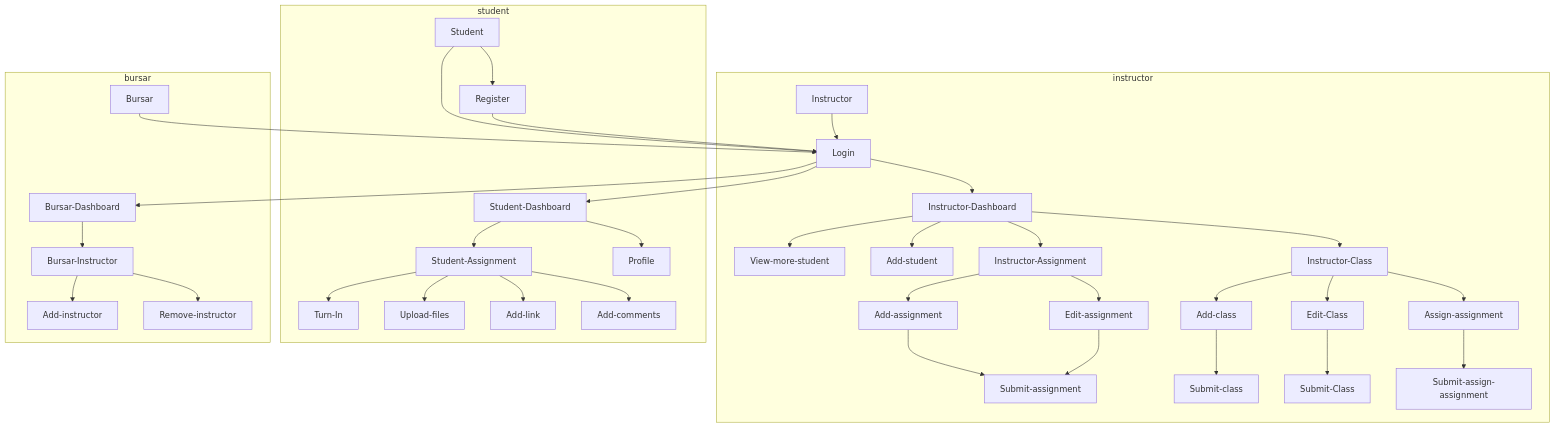
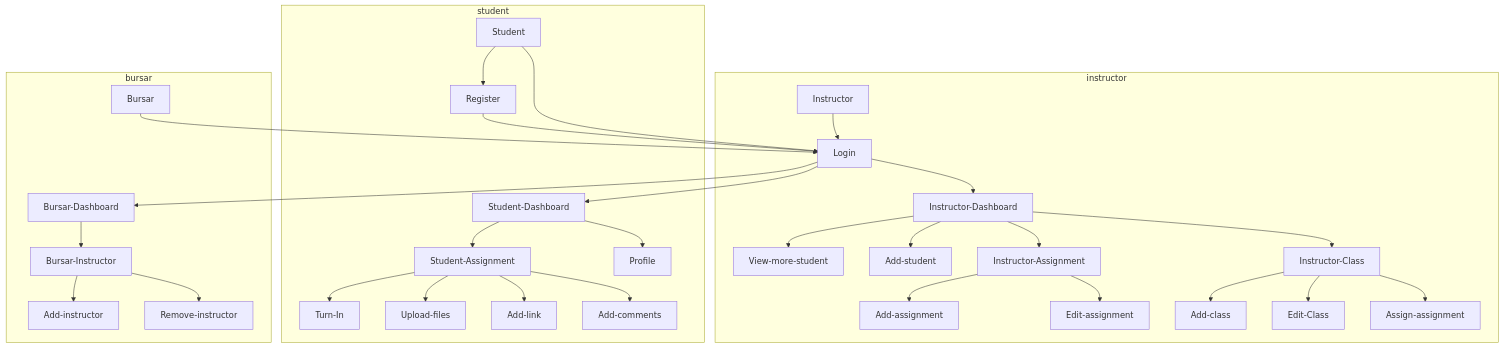
Before and after one commit to methsaraperera/inc-resolver: the diagram in README.md, drawn with Mermaid.

````diff
--- a/README.md
+++ b/README.md
@@ -38,39 +38,38 @@
 ```mermaid
 flowchart TB
 
     subgraph instructor
     Instructor-->Login
     Login-->Instructor-Dashboard
     Instructor-Dashboard-->View-more-student
     Instructor-Dashboard-->Add-student
-    Instructor-Dashboard-->Instructor-Assignment-->Add-assignment-->Submit-assignment
-    Instructor-Assignment-->Edit-assignment-->Submit-assignment
-    Instructor-Dashboard-->Instructor-Class-->Add-class-->Submit-class
-    Instructor-Class-->Edit-Class-->Submit-Class
+    Instructor-Dashboard-->Instructor-Assignment-->Add-assignment
+    Instructor-Assignment-->Edit-assignment
+    Instructor-Dashboard-->Instructor-Class-->Add-class
+    Instructor-Class-->Edit-Class
     Instructor-Class-->Assign-assignment
-    Assign-assignment-->Submit-assign-assignment
     end
 
     subgraph student
     Student-->Login
     Student-->Register
     Register-->Login;
     Login-->Student-Dashboard
     Student-Dashboard-->Student-Assignment
     Student-Dashboard-->Profile
     Student-Assignment-->Turn-In
     Student-Assignment-->Upload-files
     Student-Assignment-->Add-link
     Student-Assignment-->Add-comments
     end
 
     
     
     subgraph bursar
     Bursar-->Login;
     Login-->Bursar-Dashboard;
     Bursar-Dashboard-->Bursar-Instructor-->Add-instructor;
     Bursar-Instructor-->Remove-instructor;
     end
 
 ```
````
